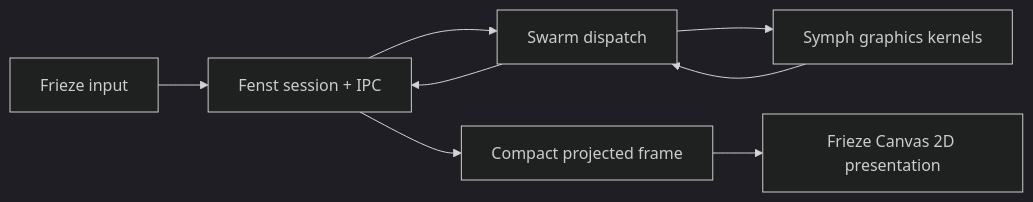
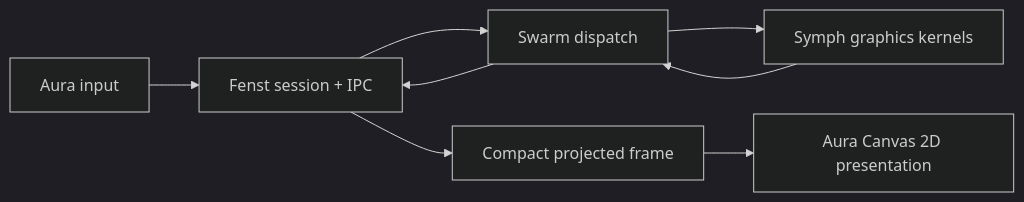
One commit to jswarup/Kosh changed the second of 2 diagrams in wiki/Architecture.md. Above: the diagram before and after it, drawn with Mermaid (dark theme). The commit also changed other lines of this file and 25 other files, not shown here.

First line of the commit message:
Rename frieze to aura

````diff
--- a/wiki/Architecture.md
+++ b/wiki/Architecture.md
@@ -109,10 +109,10 @@
 ```mermaid
 flowchart LR
-    Input["Frieze input"] --> Fenst["Fenst session + IPC"]
+    Input["Aura input"] --> Fenst["Fenst session + IPC"]
     Fenst --> Swarm["Swarm dispatch"]
     Swarm --> Symph["Symph graphics kernels"]
     Symph --> Swarm
     Swarm --> Fenst
     Fenst --> Frame["Compact projected frame"]
-    Frame --> Frieze["Frieze Canvas 2D presentation"]
+    Frame --> Aura["Aura Canvas 2D presentation"]
 ```
````
